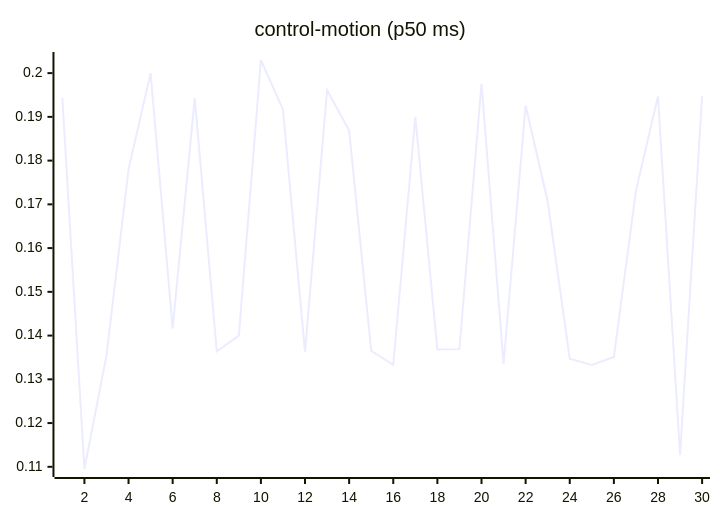
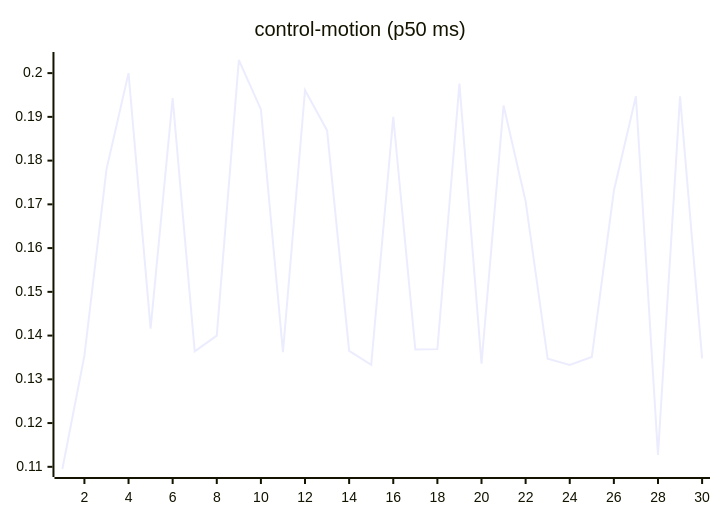
The seventh of 27 diagrams in README.md (josha/Facet), drawn with Mermaid before and after one commit. The commit also changed other lines of this file and 2 other files, not shown here.

````diff
--- a/README.md
+++ b/README.md
@@ -105,6 +105,6 @@
 ```mermaid
 xychart-beta
     title "control-motion (p50 ms)"
     x-axis 1 --> 30
-    line [0.1943, 0.1095, 0.1354, 0.1780, 0.2000, 0.1416, 0.1943, 0.1364, 0.1400, 0.2030, 0.1917, 0.1362, 0.1961, 0.1869, 0.1365, 0.1333, 0.1900, 0.1368, 0.1369, 0.1976, 0.1336, 0.1926, 0.1707, 0.1347, 0.1333, 0.1351, 0.1731, 0.1947, 0.1127, 0.1947]
+    line [0.1095, 0.1354, 0.1780, 0.2000, 0.1416, 0.1943, 0.1364, 0.1400, 0.2030, 0.1917, 0.1362, 0.1961, 0.1869, 0.1365, 0.1333, 0.1900, 0.1368, 0.1369, 0.1976, 0.1336, 0.1926, 0.1707, 0.1347, 0.1333, 0.1351, 0.1731, 0.1947, 0.1127, 0.1947, 0.1348]
 ```
````
